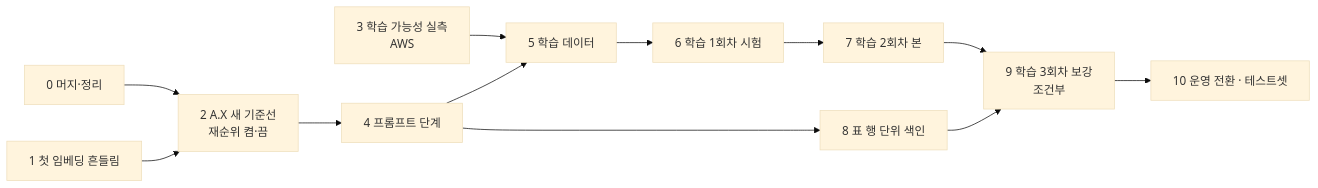
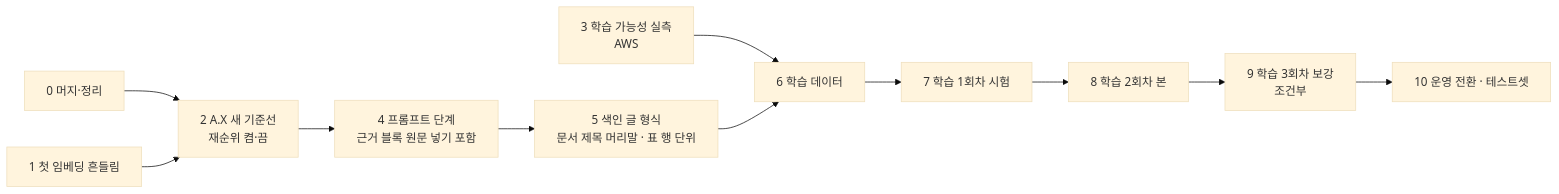
The third of 3 diagrams in docs/rag/m2/A.X-기준-계획-20261017.md (QyongGin/DocuMind), drawn with Mermaid (base theme) before and after one commit. The commit also changed other lines of this file and 4 other files, not shown here.

````diff
--- a/docs/rag/m2/A.X-기준-계획-20261017.md
+++ b/docs/rag/m2/A.X-기준-계획-20261017.md
@@ -108,14 +113,13 @@
 ```mermaid
 flowchart LR
     S0[0 머지·정리] --> S2[2 A.X 새 기준선<br/>재순위 켬·끔]
     S1[1 첫 임베딩 흔들림] --> S2
-    S2 --> S4[4 프롬프트 단계]
-    S3[3 학습 가능성 실측<br/>AWS] --> S5
-    S4 --> S5[5 학습 데이터]
-    S5 --> S6[6 학습 1회차 시험]
-    S6 --> S7[7 학습 2회차 본]
-    S4 --> S8[8 표 행 단위 색인]
-    S7 --> S9[9 학습 3회차 보강<br/>조건부]
-    S8 --> S9
+    S2 --> S4[4 프롬프트 단계<br/>근거 블록 원문 넣기 포함]
+    S4 --> S5[5 색인 글 형식<br/>문서 제목 머리말 · 표 행 단위]
+    S3[3 학습 가능성 실측<br/>AWS] --> S6
+    S5 --> S6[6 학습 데이터]
+    S6 --> S7[7 학습 1회차 시험]
+    S7 --> S8[8 학습 2회차 본]
+    S8 --> S9[9 학습 3회차 보강<br/>조건부]
     S9 --> S10[10 운영 전환 · 테스트셋]
 ```
````
